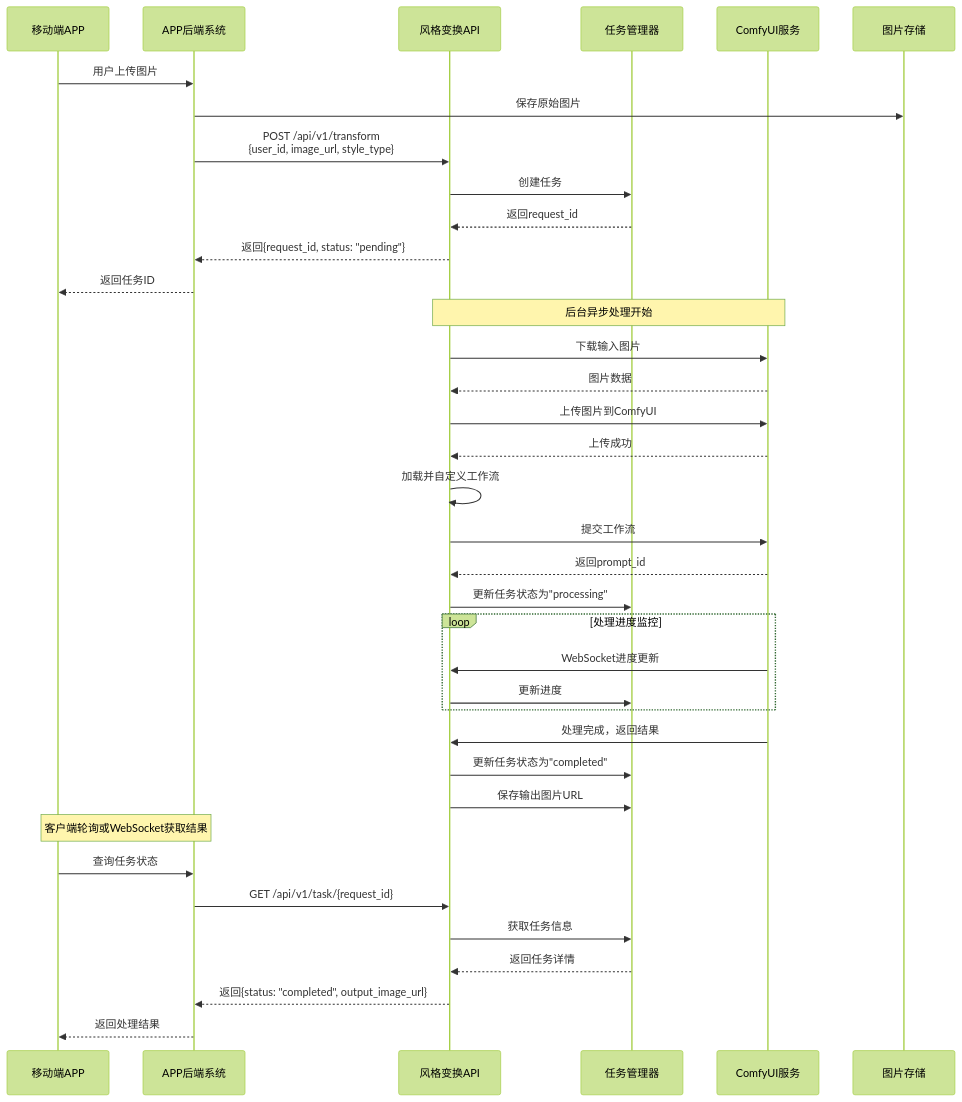
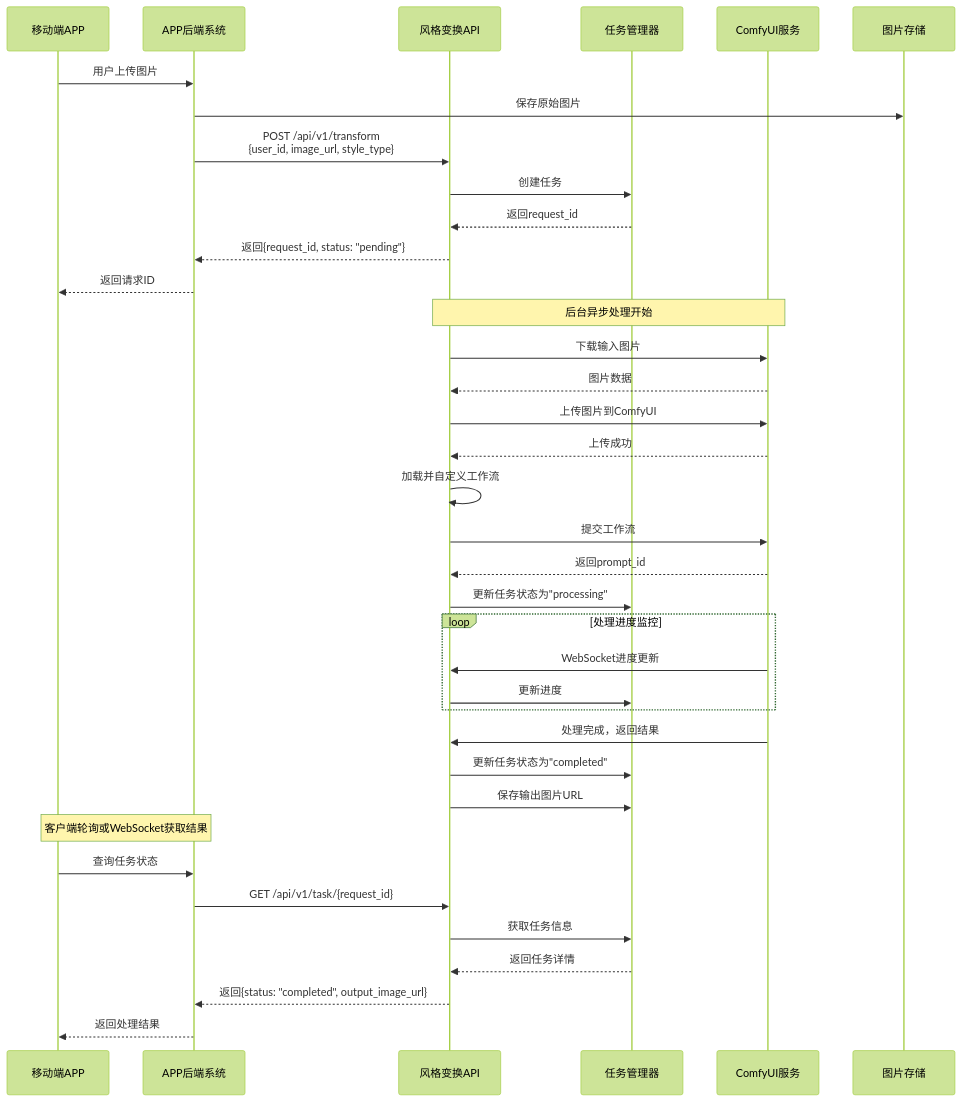
The diagram in witness/docs/图生图流程图.mmd (nhgoodboy/ComfyUI), drawn with Mermaid (forest theme) before and after one commit. The commit also changed 7 other files, not shown here.

```diff
--- a/witness/docs/图生图流程图.mmd
+++ b/witness/docs/图生图流程图.mmd
@@ -1,48 +1,48 @@
 sequenceDiagram
     participant APP as 移动端APP
     participant Backend as APP后端系统
     participant API as 风格变换API
     participant TaskMgr as 任务管理器
     participant ComfyUI as ComfyUI服务
     participant Storage as 图片存储
     
     APP->>Backend: 用户上传图片
     Backend->>Storage: 保存原始图片
     Backend->>API: POST /api/v1/transform<br/>{user_id, image_url, style_type}
     
     API->>TaskMgr: 创建任务
     TaskMgr-->>API: 返回request_id
     API-->>Backend: 返回{request_id, status: "pending"}
-    Backend-->>APP: 返回任务ID
+    Backend-->>APP: 返回请求ID
     
     Note over API,ComfyUI: 后台异步处理开始
     
     API->>ComfyUI: 下载输入图片
     ComfyUI-->>API: 图片数据
     
     API->>ComfyUI: 上传图片到ComfyUI
     ComfyUI-->>API: 上传成功
     
     API->>API: 加载并自定义工作流
     API->>ComfyUI: 提交工作流
     ComfyUI-->>API: 返回prompt_id
     
     API->>TaskMgr: 更新任务状态为"processing"
     
     loop 处理进度监控
         ComfyUI->>API: WebSocket进度更新
         API->>TaskMgr: 更新进度
     end
     
     ComfyUI->>API: 处理完成，返回结果
     API->>TaskMgr: 更新任务状态为"completed"
     API->>TaskMgr: 保存输出图片URL
     
     Note over APP,Backend: 客户端轮询或WebSocket获取结果
     
     APP->>Backend: 查询任务状态
     Backend->>API: GET /api/v1/task/{request_id}
     API->>TaskMgr: 获取任务信息
     TaskMgr-->>API: 返回任务详情
     API-->>Backend: 返回{status: "completed", output_image_url}
     Backend-->>APP: 返回处理结果     
```
